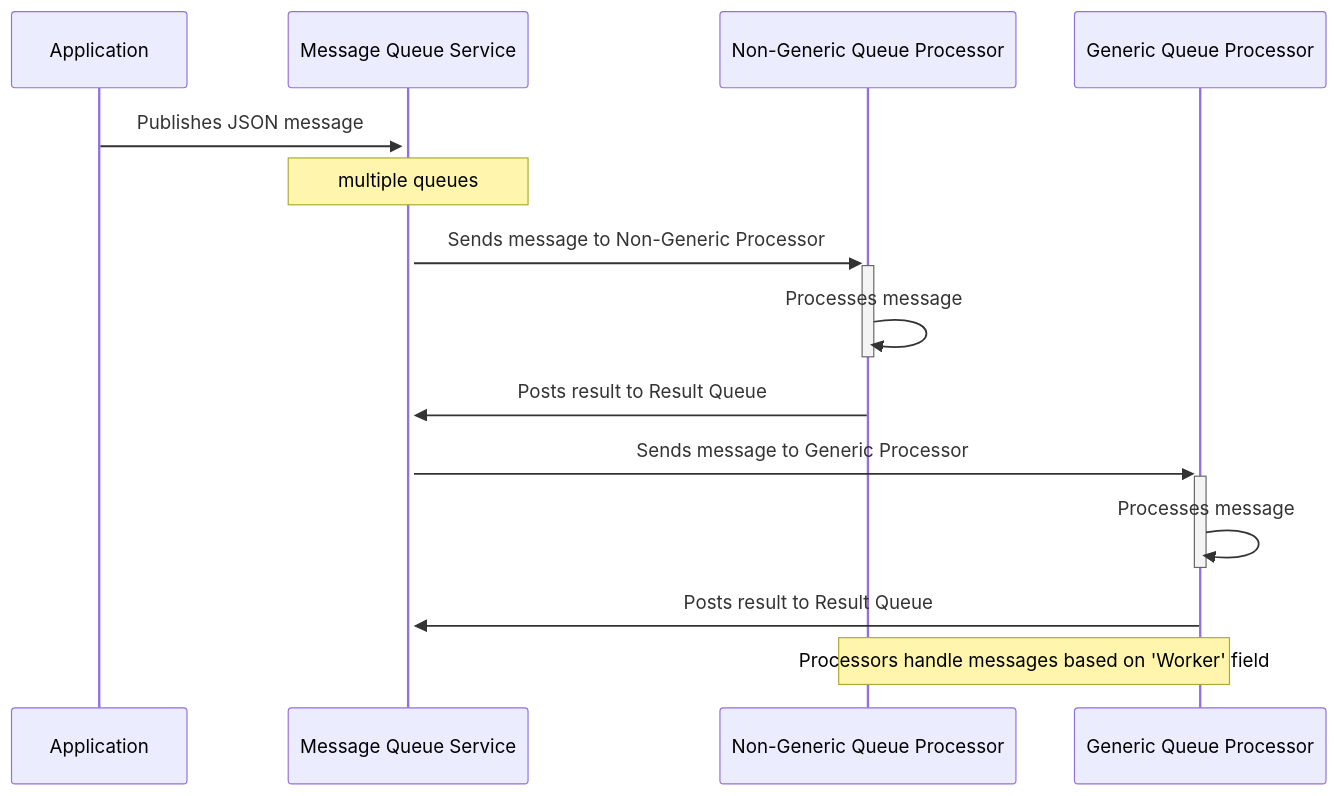
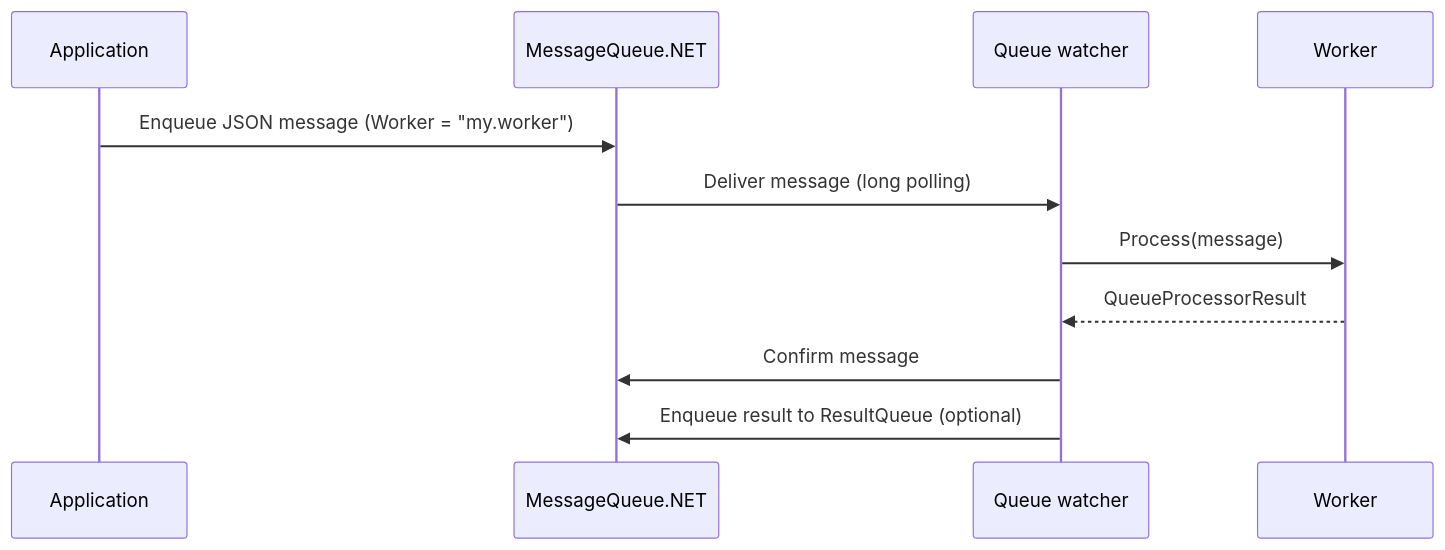
Before and after one commit to jugstalt/MessageQueueNET: the first of 2 diagrams in docs/en/patterns/queue-worker.md, drawn with Mermaid. The commit also changed other lines of this file and 29 other files, not shown here.

````diff
--- a/docs/en/patterns/queue-worker.md
+++ b/docs/en/patterns/queue-worker.md
@@ -7,19 +7,14 @@
 ```mermaid
 sequenceDiagram
     participant App as Application
-    participant MQ as Message Queue Service
-    participant NQP as Non-Generic Queue Processor
-    participant GQP as Generic Queue Processor
+    participant MQ as MessageQueue.NET
+    participant W as Queue watcher
+    participant Wk as Worker
 
-    App->>+MQ: Publishes JSON message
-    Note over MQ: multiple queues
-    MQ->>+NQP: Sends message to Non-Generic Processor
-    NQP->>-NQP: Processes message
-    NQP->>MQ: Posts result to Result Queue
-    MQ->>+GQP: Sends message to Generic Processor
-    GQP->>-GQP: Processes message
-    GQP->>MQ: Posts result to Result Queue
-
-    Note over NQP,GQP: Processors handle messages based on 'Worker' field
-
+    App->>MQ: Enqueue JSON message (Worker = "my.worker")
+    MQ->>W: Deliver message (long polling)
+    W->>Wk: Process(message)
+    Wk-->>W: QueueProcessorResult
+    W->>MQ: Confirm message
+    W->>MQ: Enqueue result to ResultQueue (optional)
 ```
````
